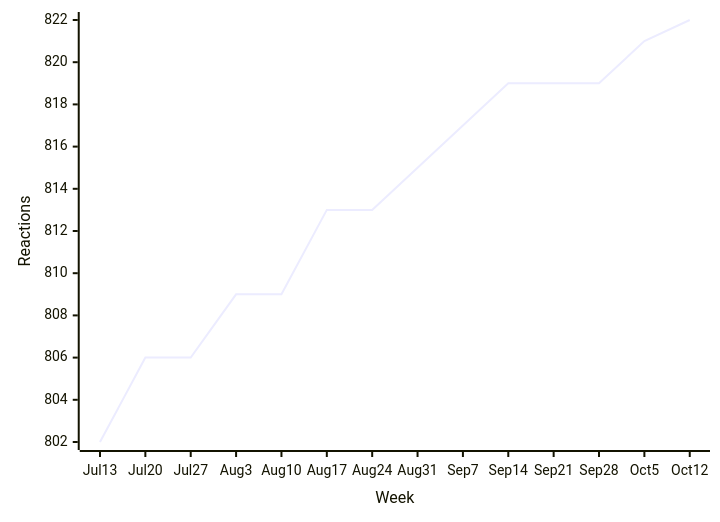
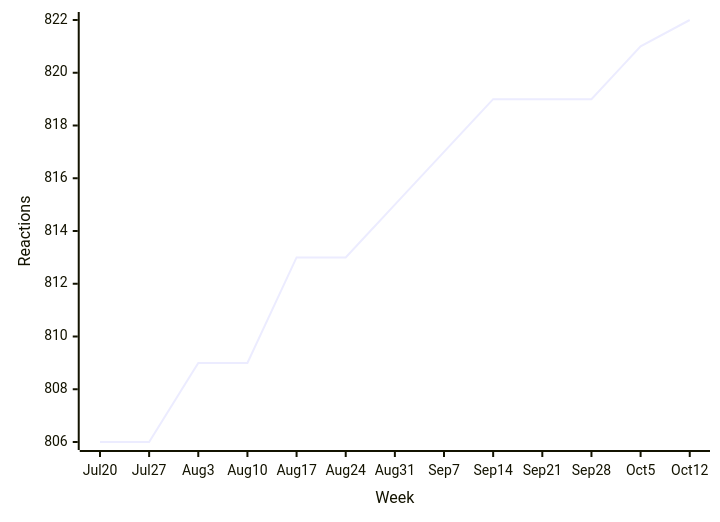
One commit to loic-sharma/github-insights changed the fourth of 38 diagrams in README.md. Above: the diagram before and after it, drawn with Mermaid. The commit also changed other lines of this file and 3 other files, not shown here.

````diff
--- a/README.md
+++ b/README.md
@@ -375,6 +375,6 @@
   ```mermaid
   xychart-beta
-    x-axis "Week" [Jul 13, Jul 20, Jul 27, Aug 3, Aug 10, Aug 17, Aug 24, Aug 31, Sep 7, Sep 14, Sep 21, Sep 28, Oct 5, Oct 12]
+    x-axis "Week" [Jul 20, Jul 27, Aug 3, Aug 10, Aug 17, Aug 24, Aug 31, Sep 7, Sep 14, Sep 21, Sep 28, Oct 5, Oct 12]
     y-axis "Reactions"
-    line [802, 806, 806, 809, 809, 813, 813, 815, 817, 819, 819, 819, 821, 822]
+    line [806, 806, 809, 809, 813, 813, 815, 817, 819, 819, 819, 821, 822]
   ```
````
